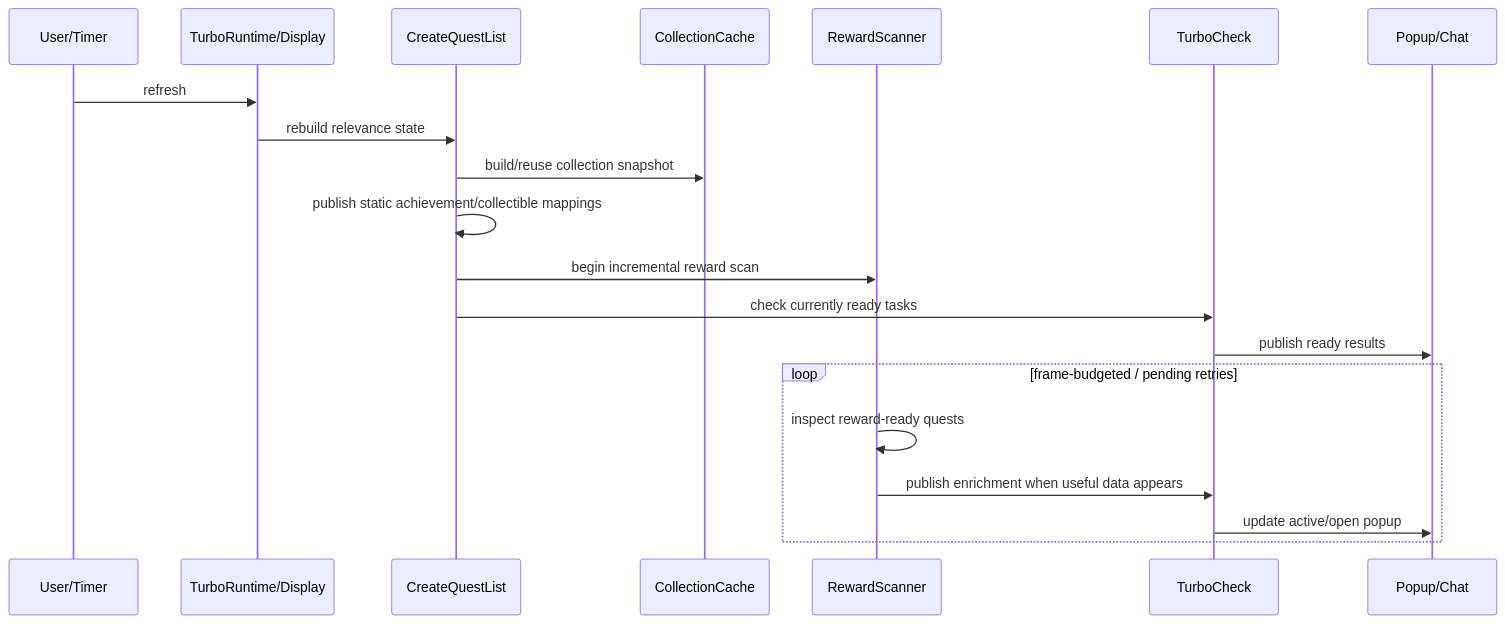
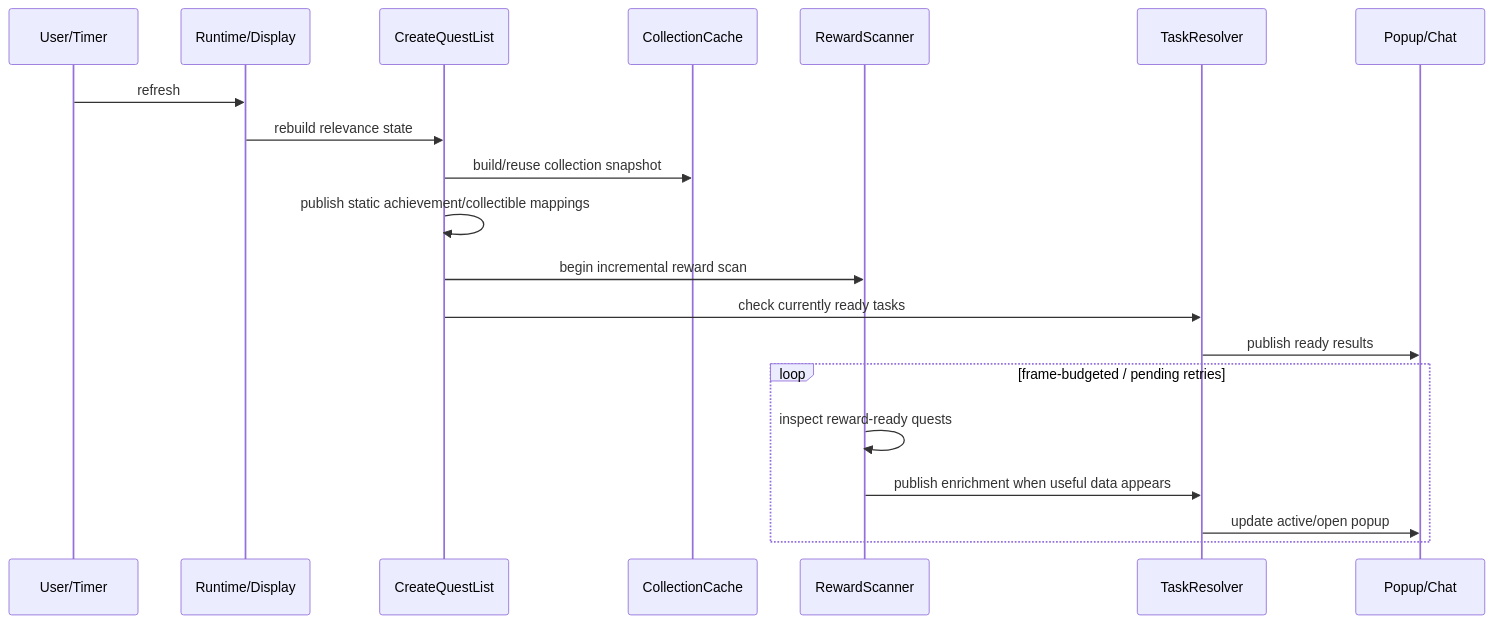
Before and after one commit to Mused21/WQATurbo: the diagram in docs/ARCHITECTURE.md, drawn with Mermaid. The commit also changed other lines of this file and 38 other files, not shown here.

````diff
--- a/docs/ARCHITECTURE.md
+++ b/docs/ARCHITECTURE.md
@@ -297,25 +297,25 @@
 ```mermaid
 sequenceDiagram
     participant U as User/Timer
-    participant R as TurboRuntime/Display
+    participant R as Runtime/Display
     participant Q as CreateQuestList
     participant C as CollectionCache
     participant S as RewardScanner
-    participant K as TurboCheck
+    participant K as TaskResolver
     participant P as Popup/Chat
 
     U->>R: refresh
     R->>Q: rebuild relevance state
     Q->>C: build/reuse collection snapshot
     Q->>Q: publish static achievement/collectible mappings
     Q->>S: begin incremental reward scan
 
     Q->>K: check currently ready tasks
     K->>P: publish ready results
 
     loop frame-budgeted / pending retries
         S->>S: inspect reward-ready quests
         S->>K: publish enrichment when useful data appears
         K->>P: update active/open popup
     end
 ```
````
